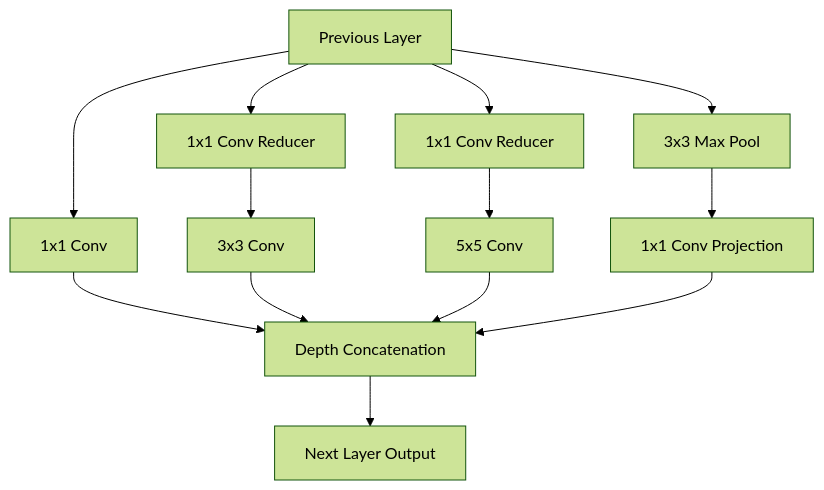
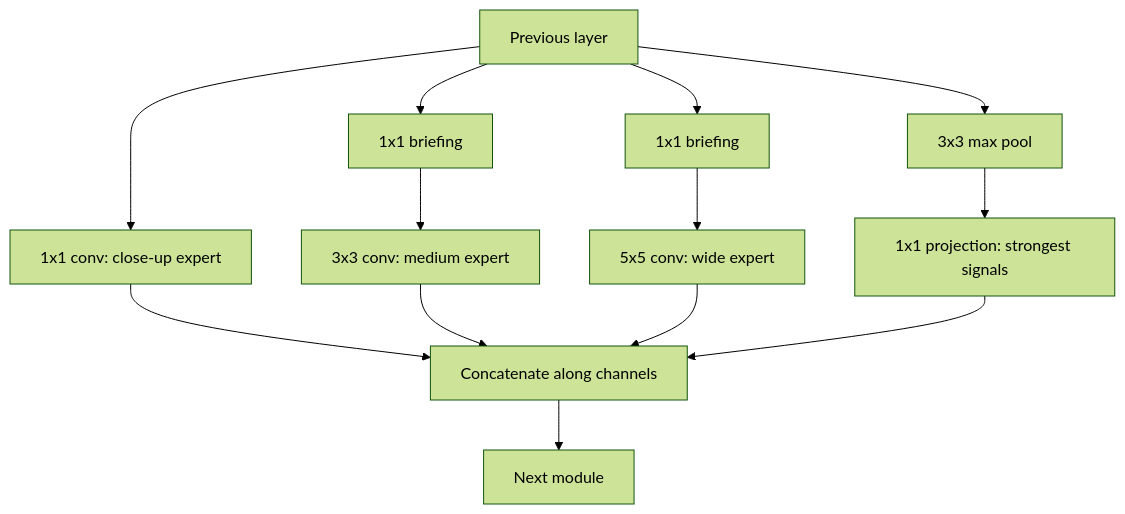
One commit to Tarunsai08/PaperStack changed the diagram in content/papers/going-deeper-with-convolutions.md. Above: the diagram before and after it, drawn with Mermaid (forest theme). The commit also changed other lines of this file and 9 other files, not shown here.

````diff
--- a/content/papers/going-deeper-with-convolutions.md
+++ b/content/papers/going-deeper-with-convolutions.md
@@ -187,15 +114,12 @@
 ```mermaid
 flowchart TD
-    Prev[Previous Layer] --> B1[1x1 Conv]
-    Prev --> B2a[1x1 Conv Reducer]
-    Prev --> B3a[1x1 Conv Reducer]
-    Prev --> B4a[3x3 Max Pool]
-    B2a --> B2b[3x3 Conv]
-    B3a --> B3b[5x5 Conv]
-    B4a --> B4b[1x1 Conv Projection]
-    B1 --> Concat[Depth Concatenation]
-    B2b --> Concat
-    B3b --> Concat
-    B4b --> Concat
-    Concat --> Next[Next Layer Output]
+  P[Previous layer] --> A[1x1 conv: close-up expert]
+  P --> B1[1x1 briefing] --> B2[3x3 conv: medium expert]
+  P --> C1[1x1 briefing] --> C2[5x5 conv: wide expert]
+  P --> D1[3x3 max pool] --> D2[1x1 projection: strongest signals]
+  A --> Cat[Concatenate along channels]
+  B2 --> Cat
+  C2 --> Cat
+  D2 --> Cat
+  Cat --> N[Next module]
 ```
````
